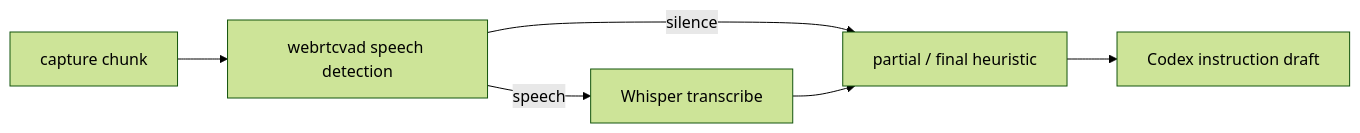
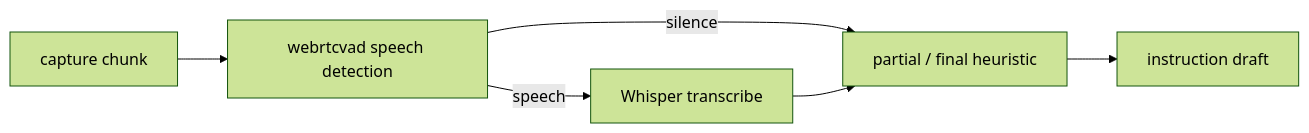
Before and after one commit to hiro-collab/ai_talk_core: the second of 3 diagrams in README.md, drawn with Mermaid (forest theme). The commit also changed other lines of this file and 4 other files, not shown here.

````diff
--- a/README.md
+++ b/README.md
@@ -49,14 +49,14 @@
 ```mermaid
 flowchart LR
     CAPTURE["capture chunk"]
     VAD["webrtcvad speech detection"]
     TRANSCRIBE["Whisper transcribe"]
     RESULT["partial / final heuristic"]
-    COMMAND["Codex instruction draft"]
+    COMMAND["instruction draft"]
 
     CAPTURE --> VAD
     VAD -->|speech| TRANSCRIBE
     VAD -->|silence| RESULT
     TRANSCRIBE --> RESULT
     RESULT --> COMMAND
 ```
````
